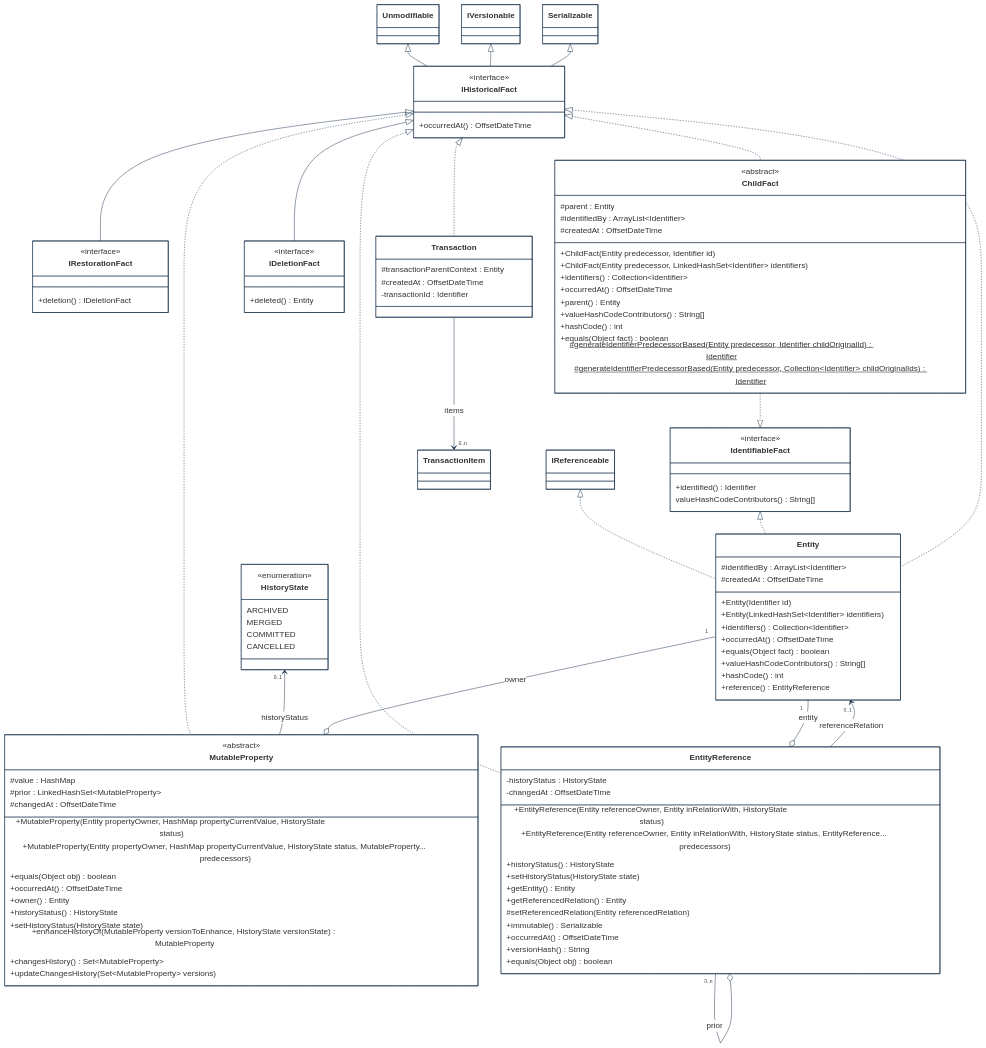
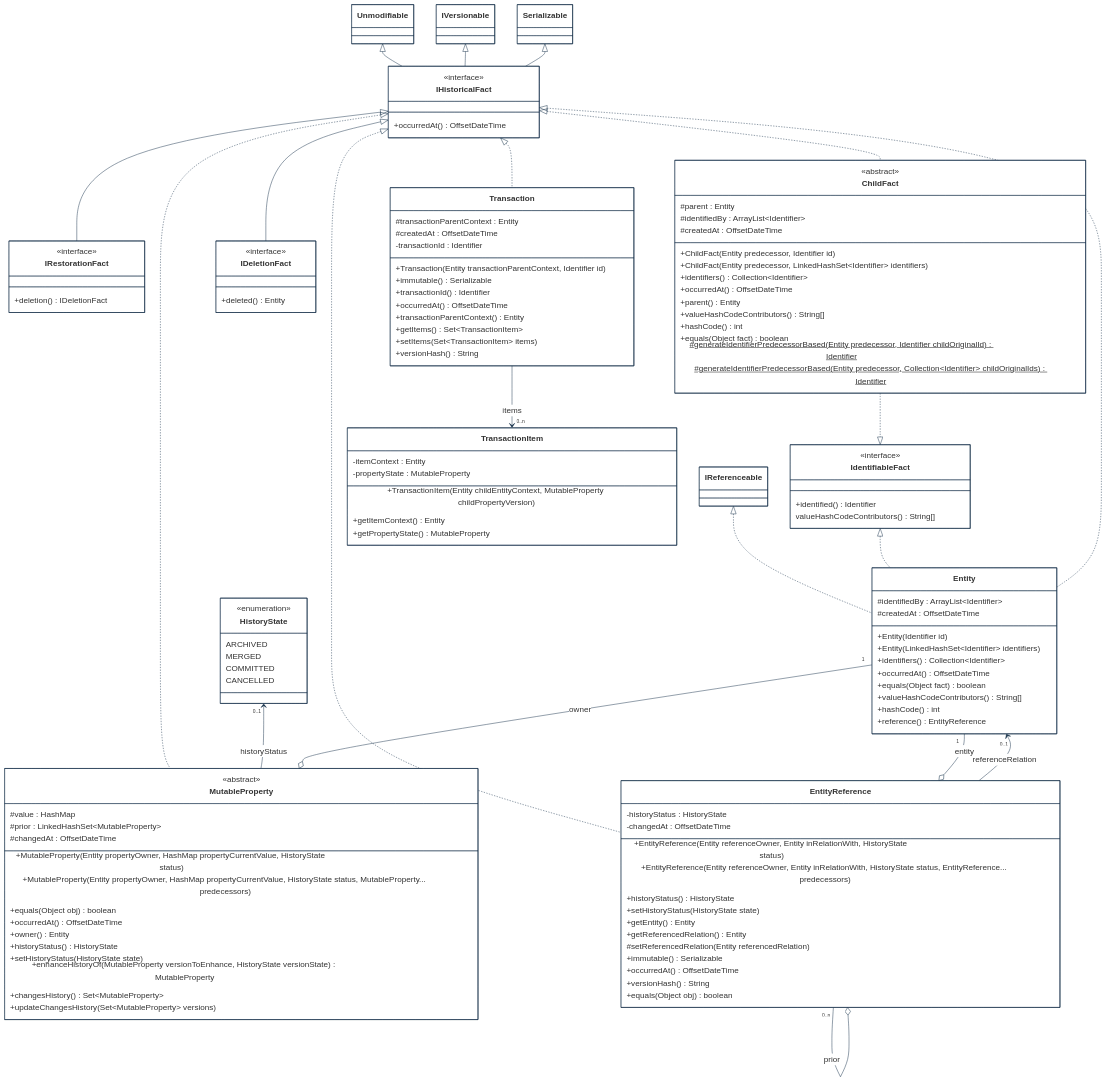
Before and after one commit to cybnity/foundation: the first of 8 diagrams in implementations-line/framework/immutable/designview-packages.md, drawn with Mermaid. The commit also changed other lines of this file, not shown here.

```diff
--- a/implementations-line/framework/immutable/designview-packages.md
+++ b/implementations-line/framework/immutable/designview-packages.md
@@ -94,6 +95,21 @@
         #transactionParentContext : Entity
         #createdAt : OffsetDateTime
         -transactionId : Identifier
+        +Transaction(Entity transactionParentContext, Identifier id)
+        +immutable() Serializable
+        +transactionId() Identifier
+        +occurredAt() OffsetDateTime
+        +transactionParentContext() Entity
+        +getItems() Set~TransactionItem~
+        +setItems(Set~TransactionItem~ items)
+        +versionHash() String
+    }
+    class TransactionItem {
+        -itemContext : Entity
+        -propertyState : MutableProperty
+        +TransactionItem(Entity childEntityContext, MutableProperty childPropertyVersion)
+        +getItemContext() Entity
+        +getPropertyState() MutableProperty
     }
     class HistoryState {
         <<enumeration>>
```
